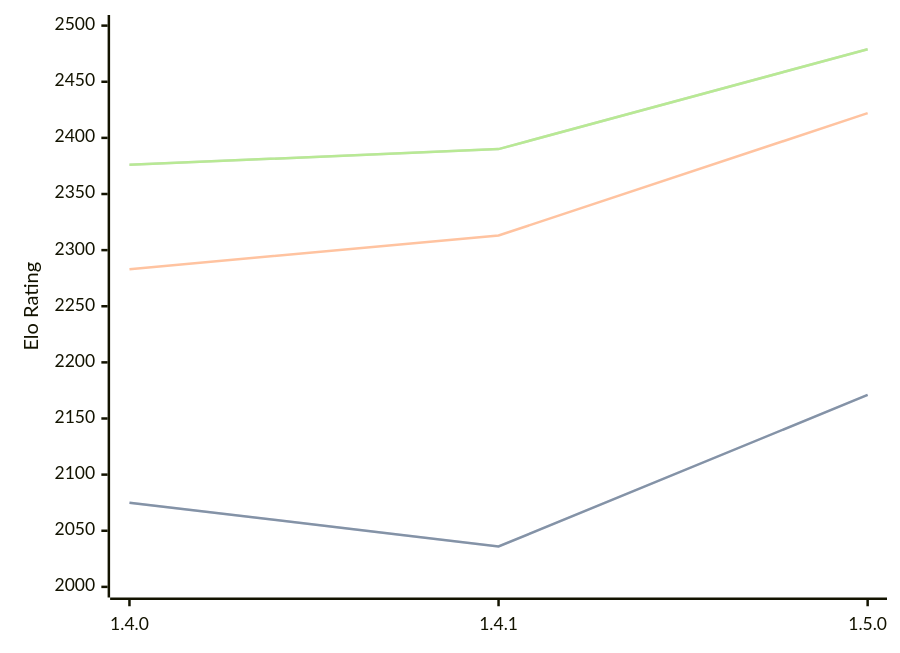
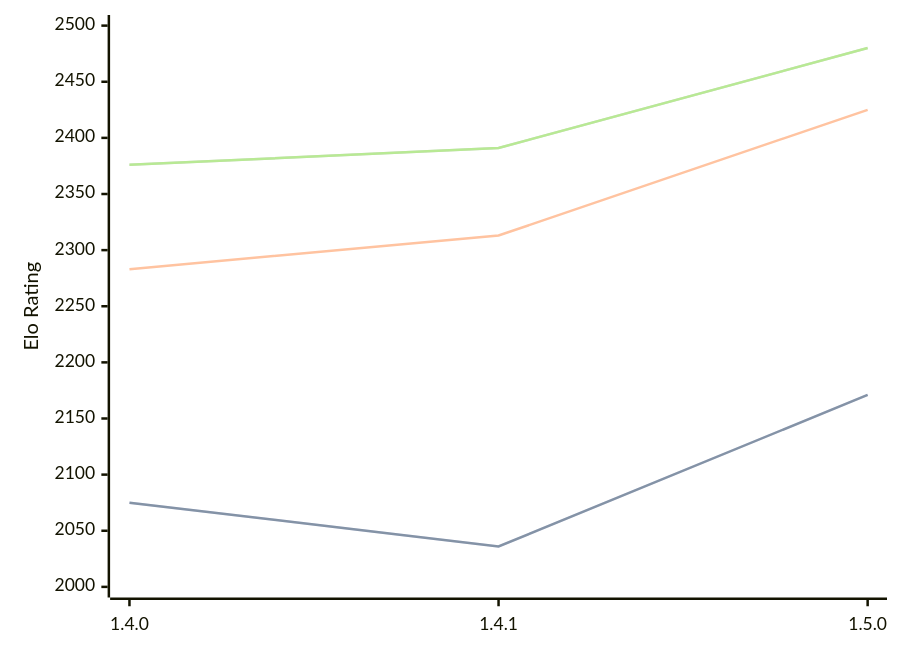
One commit to computer-chess-index/cci changed the third of 3 diagrams in engines/Tofiks.md. Above: the diagram before and after it, drawn with Mermaid. The commit also changed other lines of this file, not shown here.

Commit message:
Update CCI Ratings (ELO VLTC) - 2026-07-13

````diff
--- a/engines/Tofiks.md
+++ b/engines/Tofiks.md
@@ -70,11 +70,11 @@
 ```mermaid
 %%{init: {"theme":"base","themeVariables":{"seriesColors:['#a3a3a3','#222221','#faa371']}}}%%
 xychart-beta
   x-axis ["1.4.0", "1.4.1", "1.5.0"]
   y-axis "Elo Rating" 2000 --> 2500
   line "STC (8.0+0.08s)" [2075, 2036, 2171]
   line "STC (8.0+0.08s)" [2075, 2036, 2171]
-  line "LTC (60.0+0.60s)" [2283, 2313, 2422]
-  line "VLTC (2m24s+1.12s)" [2376, 2390, 2479]
-  line "VLTC (2m24s+1.12s)" [2376, 2390, 2479]
+  line "LTC (60.0+0.60s)" [2283, 2313, 2425]
+  line "VLTC (2m24s+1.12s)" [2376, 2391, 2480]
+  line "VLTC (2m24s+1.12s)" [2376, 2391, 2480]
 ```
````
